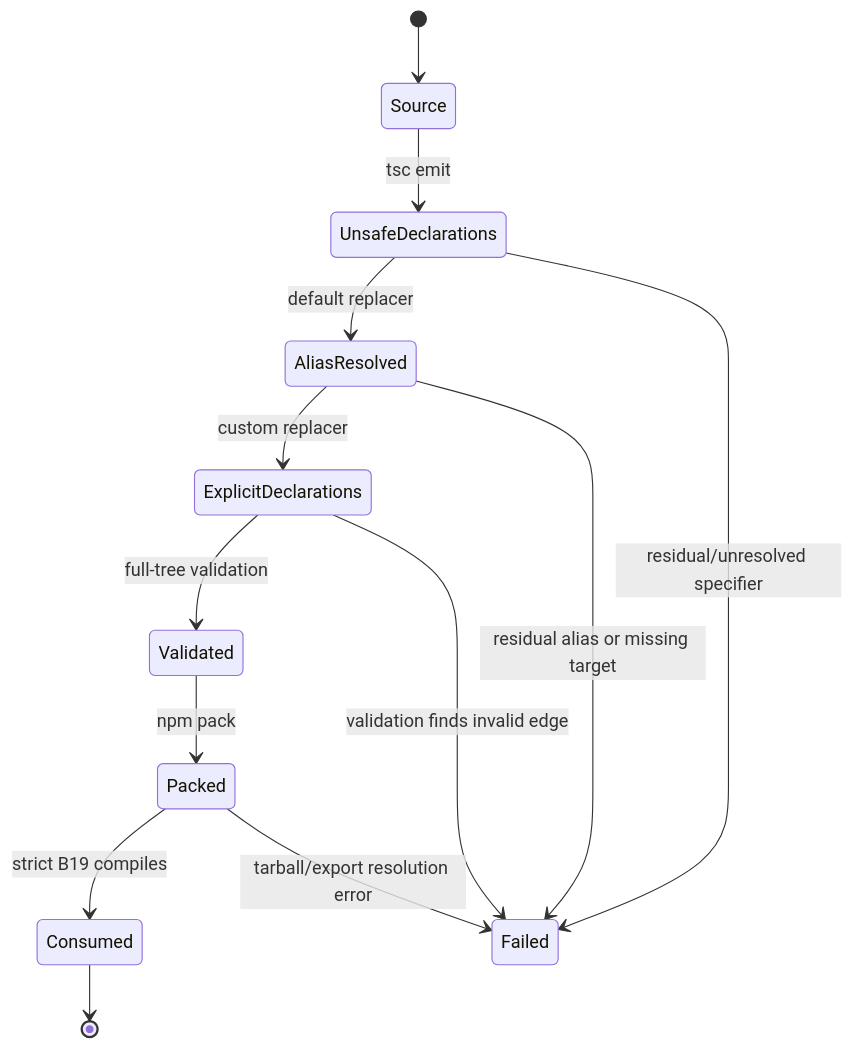
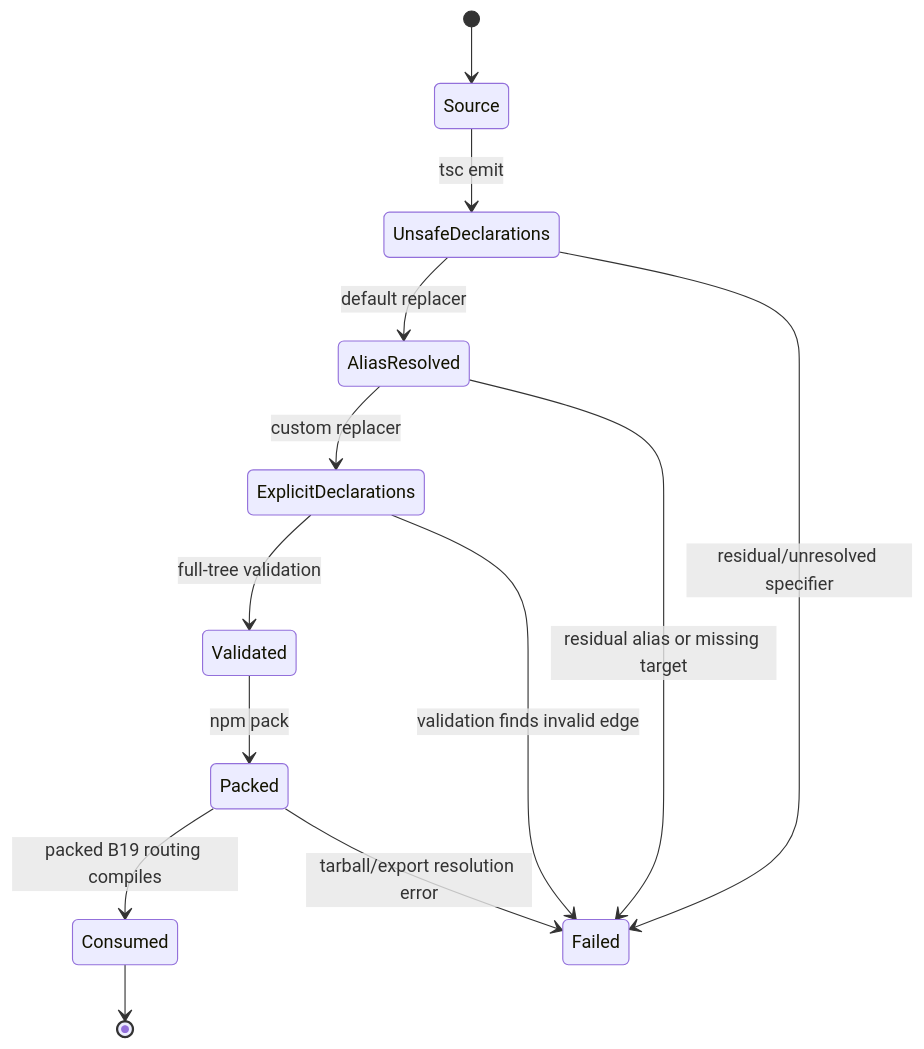
One commit to tha-hammer/silmari-chat-agents changed the fourth of 4 diagrams in thoughts/searchable/shared/plans/2026-08-16-AF-sy8-nodenext-baml-declarations-SYSTEM-MAP.md. Above: the diagram before and after it, drawn with Mermaid. The commit also changed other lines of this file and 2 other files, not shown here.

````diff
--- a/thoughts/searchable/shared/plans/2026-08-16-AF-sy8-nodenext-baml-declarations-SYSTEM-MAP.md
+++ b/thoughts/searchable/shared/plans/2026-08-16-AF-sy8-nodenext-baml-declarations-SYSTEM-MAP.md
@@ -122,15 +122,15 @@
 ```mermaid
 stateDiagram-v2
   [*] --> Source
   Source --> UnsafeDeclarations: tsc emit
   UnsafeDeclarations --> AliasResolved: default replacer
   AliasResolved --> ExplicitDeclarations: custom replacer
   ExplicitDeclarations --> Validated: full-tree validation
   Validated --> Packed: npm pack
-  Packed --> Consumed: strict B19 compiles
+  Packed --> Consumed: packed B19 routing compiles
   UnsafeDeclarations --> Failed: residual/unresolved specifier
   AliasResolved --> Failed: residual alias or missing target
   ExplicitDeclarations --> Failed: validation finds invalid edge
   Packed --> Failed: tarball/export resolution error
   Consumed --> [*]
 ```
````
